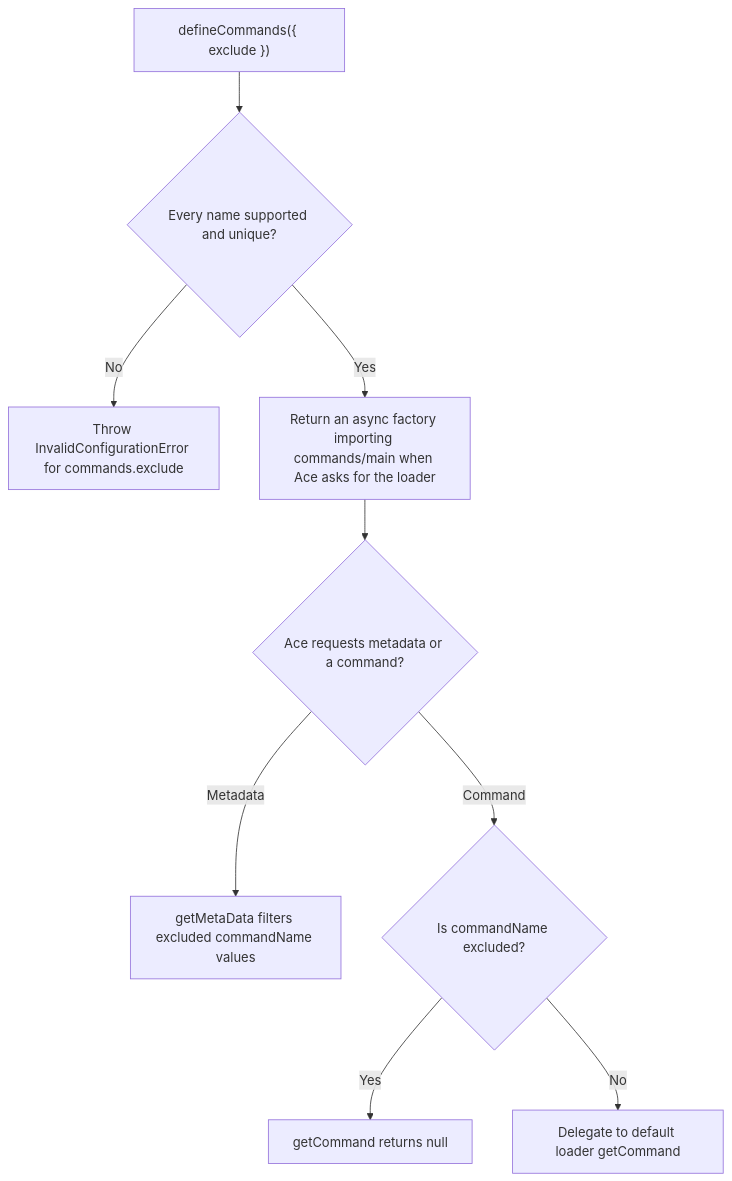
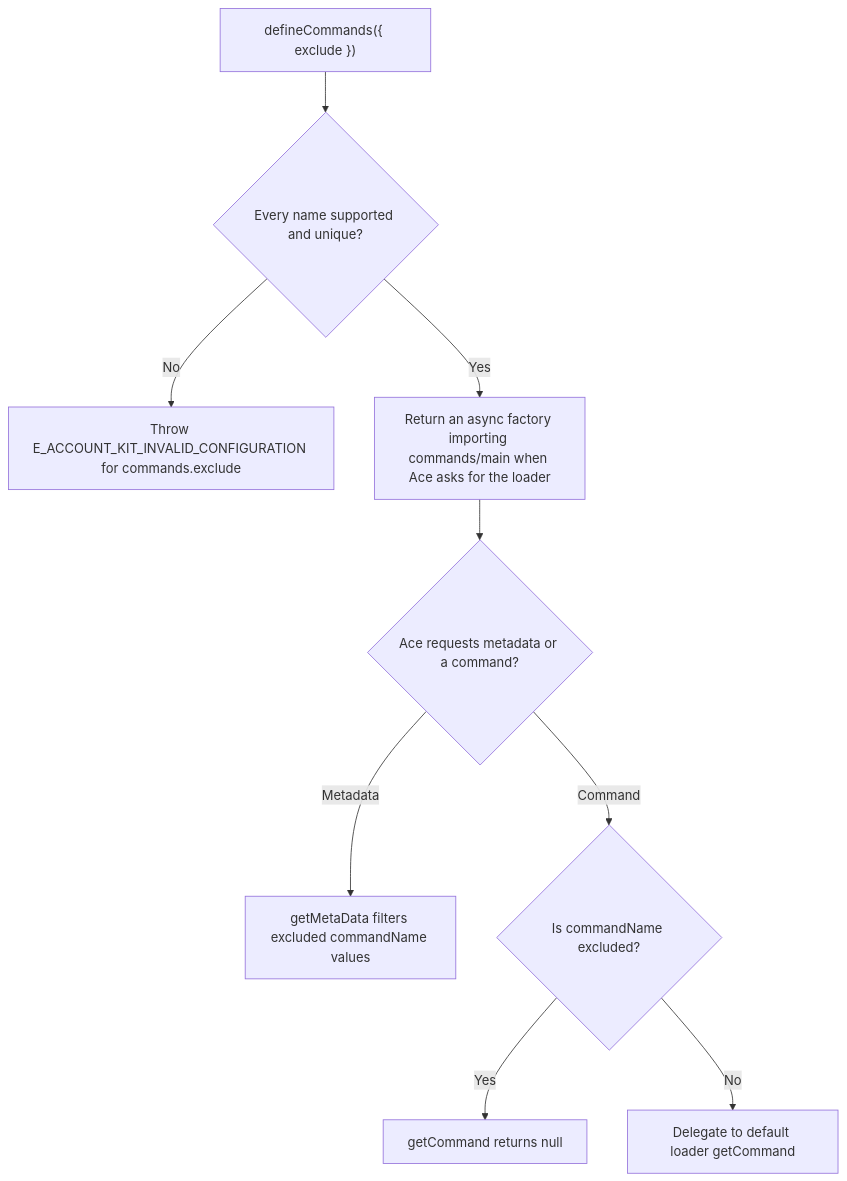
Before and after one commit to Kevinjohn/oss-adonisjs-account-kit: the second of 2 diagrams in user-stories/US-ACCOUNT-66-select-account-kit-commands.md, drawn with Mermaid. The commit also changed other lines of this file and 362 other files, not shown here.

````diff
--- a/user-stories/US-ACCOUNT-66-select-account-kit-commands.md
+++ b/user-stories/US-ACCOUNT-66-select-account-kit-commands.md
@@ -29,11 +29,11 @@
 ```mermaid
 flowchart TD
     A["defineCommands({ exclude })"] --> B{"Every name supported and unique?"}
-    B -->|No| C["Throw InvalidConfigurationError for commands.exclude"]
+    B -->|No| C["Throw E_ACCOUNT_KIT_INVALID_CONFIGURATION for commands.exclude"]
     B -->|Yes| D["Return an async factory importing commands/main when Ace asks for the loader"]
     D --> E{"Ace requests metadata or a command?"}
     E -->|Metadata| F["getMetaData filters excluded commandName values"]
     E -->|Command| G{"Is commandName excluded?"}
     G -->|Yes| H["getCommand returns null"]
     G -->|No| I["Delegate to default loader getCommand"]
 ```
````
